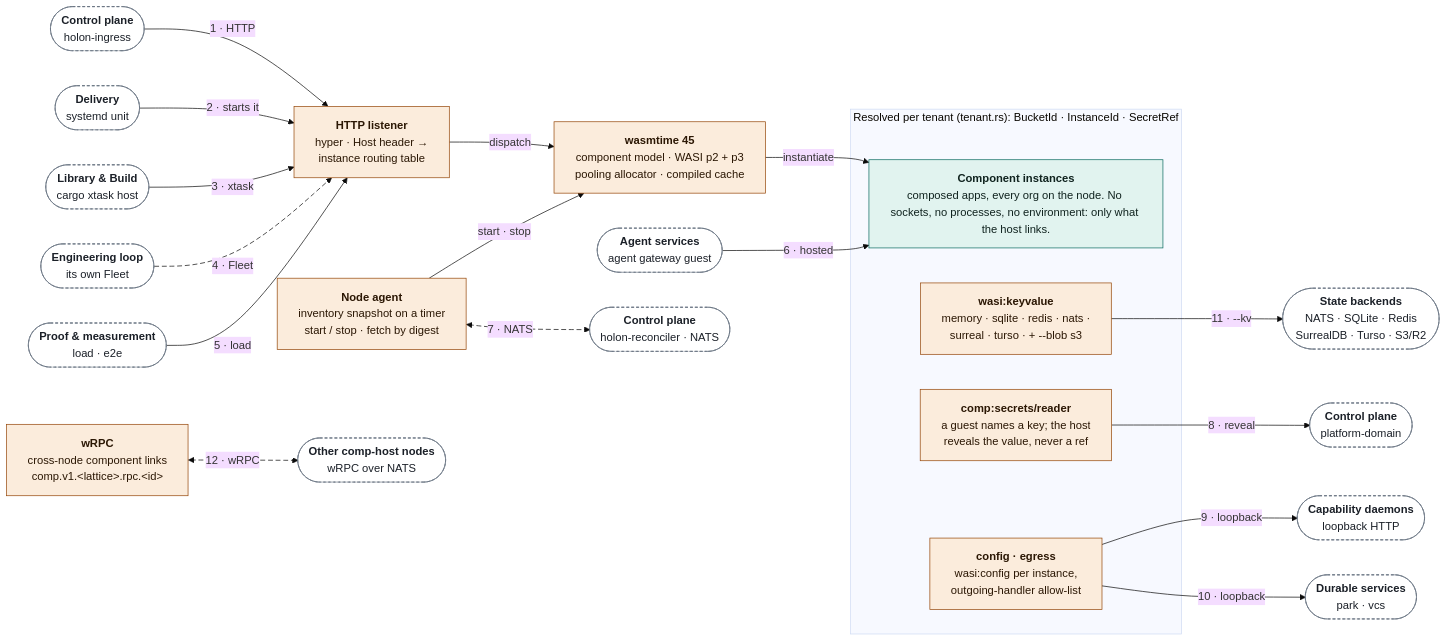
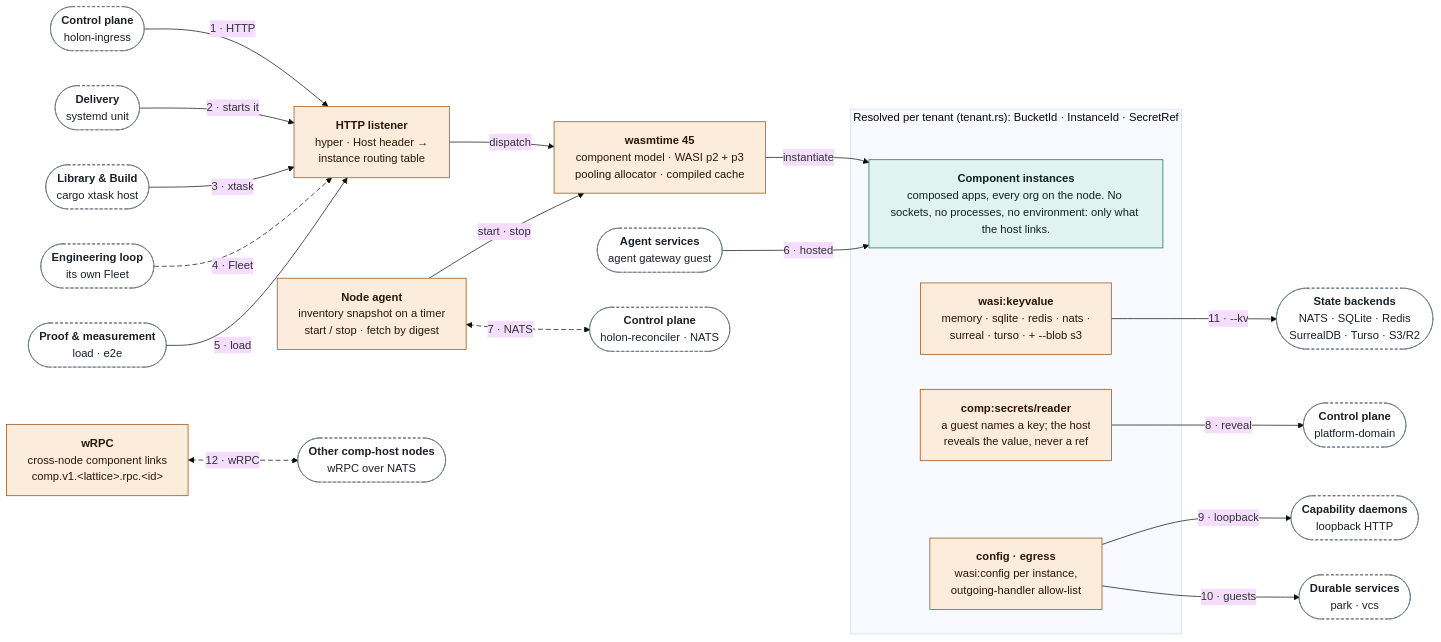
Before and after one commit to markkovari/holon: the fifth of 11 diagrams in docs/ARCHITECTURE.md, drawn with Mermaid (base theme). The commit also changed other lines of this file and 50 other files, not shown here.

````diff
--- a/docs/ARCHITECTURE.md
+++ b/docs/ARCHITECTURE.md
@@ -313,51 +313,51 @@
 ```mermaid
 %%{init: {"flowchart": {"wrappingWidth": 360}}}%%
 flowchart LR
   classDef wasm fill:#e1f3ef,stroke:#0a6a5f,color:#10231f
   classDef native fill:#fbecdc,stroke:#954709,color:#2b1704
   classDef store fill:#eae7fa,stroke:#4a3fb0,color:#17123f
   classDef actor fill:#e4ebf7,stroke:#2a4977,color:#0f1d33
   classDef spec fill:#eef1f5,stroke:#465160,color:#1b2028
   classDef ext fill:#ffffff,stroke:#667180,color:#1b2028,stroke-dasharray:5 4
   classDef ghost fill:#ffffff,stroke:#667180,color:#1b2028,stroke-dasharray:4 3
   subgraph grp_tenant["Resolved per tenant (tenant.rs): BucketId · InstanceId · SecretRef"]
     n_inst["<b>Component instances</b><br/>composed apps, every org on the node. No sockets, no processes, no environment: only what the host links."]:::wasm
     n_kv["<b>wasi:keyvalue</b><br/>memory · sqlite · redis · nats ·<br/>surreal · turso · + --blob s3"]:::native
     n_secrets["<b>comp:secrets/reader</b><br/>a guest names a key; the host<br/>reveals the value, never a ref"]:::native
     n_cfg["<b>config · egress</b><br/>wasi:config per instance,<br/>outgoing-handler allow-list"]:::native
   end
   n_http["<b>HTTP listener</b><br/>hyper · Host header →<br/>instance routing table"]:::native
   n_engine["<b>wasmtime 45</b><br/>component model · WASI p2 + p3<br/>pooling allocator · compiled cache"]:::native
   n_agent["<b>Node agent</b><br/>inventory snapshot on a timer<br/>start / stop · fetch by digest"]:::native
   n_rpc["<b>wRPC</b><br/>cross-node component links<br/>comp.v1.#lt;lattice#gt;.rpc.#lt;id#gt;"]:::native
   n_g_del(["<b>Delivery</b><br/>systemd unit"]):::ghost
   n_g_lib(["<b>Library #amp; Build</b><br/>cargo xtask host"]):::ghost
   n_g_loop(["<b>Engineering loop</b><br/>its own Fleet"]):::ghost
   n_g_proof(["<b>Proof #amp; measurement</b><br/>load · e2e"]):::ghost
   n_g_ing(["<b>Control plane</b><br/>holon-ingress"]):::ghost
   n_g_agents(["<b>Agent services</b><br/>agent gateway guest"]):::ghost
   n_g_state(["<b>State backends</b><br/>NATS · SQLite · Redis<br/>SurrealDB · Turso · S3/R2"]):::ghost
   n_g_cpn(["<b>Control plane</b><br/>holon-reconciler · NATS"]):::ghost
   n_g_cp2(["<b>Control plane</b><br/>platform-domain"]):::ghost
   n_g_dae(["<b>Capability daemons</b><br/>loopback HTTP"]):::ghost
   n_g_dur(["<b>Durable services</b><br/>park · vcs"]):::ghost
   n_g_peer(["<b>Other comp-host nodes</b><br/>wRPC over NATS"]):::ghost
   n_http -- "dispatch" --> n_engine
   n_agent -- "start · stop" --> n_engine
   n_engine -- "instantiate" --> n_inst
   n_g_ing -- "1 · HTTP" --> n_http
   n_g_del -- "2 · starts it" --> n_http
   n_g_lib -- "3 · xtask" --> n_http
   n_g_loop -- "4 · Fleet" --> n_http
   n_g_proof -- "5 · load" --> n_http
   n_g_agents -- "6 · hosted" --> n_inst
   n_agent <-- "7 · NATS" --> n_g_cpn
   n_secrets -- "8 · reveal" --> n_g_cp2
   n_cfg -- "9 · loopback" --> n_g_dae
-  n_cfg -- "10 · loopback" --> n_g_dur
+  n_cfg -- "10 · guests" --> n_g_dur
   n_kv -- "11 · --kv" --> n_g_state
   n_rpc <-- "12 · wRPC" --> n_g_peer
   linkStyle 6 stroke-dasharray:7 4
   linkStyle 9 stroke-dasharray:7 4
   linkStyle 14 stroke-dasharray:7 4
 ```
````
